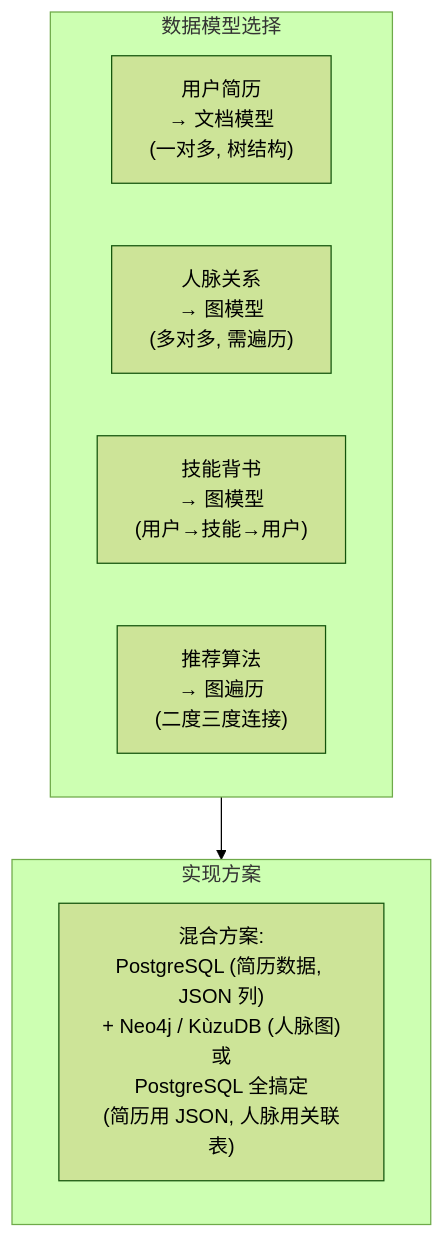
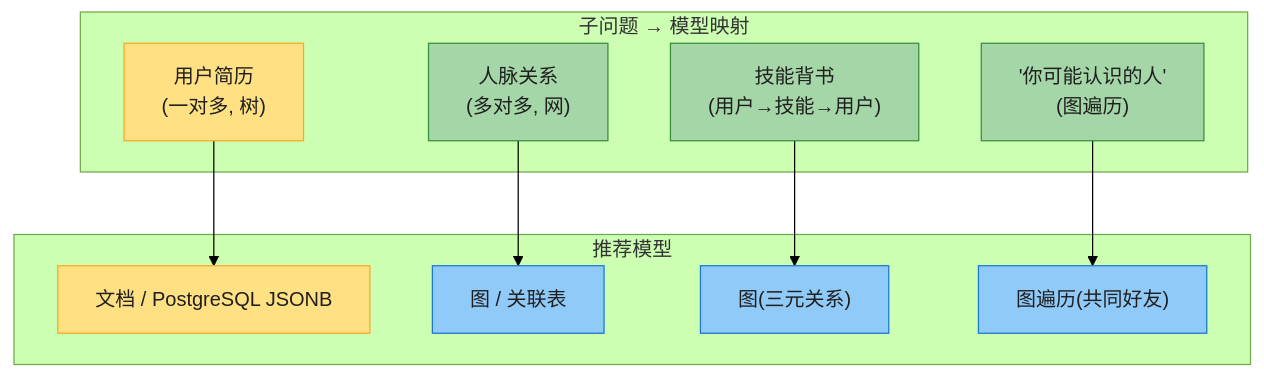
Diagram 14 of 16 in ch03-数据模型与查询语言.md (socoo123/ddia_2nd), drawn with Mermaid (forest theme) before and after one commit. The commit also changed other lines of this file and 8 other files, not shown here.

First line of the commit message:
重写 ch01-ch09 读书笔记：风格统一 + 内容扩充 + 大量图表

````diff
--- a/ch03-数据模型与查询语言.md
+++ b/ch03-数据模型与查询语言.md
@@ -646,15 +856,30 @@
 ```mermaid
-graph TB
-    subgraph Models["数据模型选择"]
-        PROFILE["用户简历<br/>→ 文档模型<br/>(一对多, 树结构)"]
-        CONN["人脉关系<br/>→ 图模型<br/>(多对多, 需遍历)"]
-        ENDORSE["技能背书<br/>→ 图模型<br/>(用户→技能→用户)"]
-        RECO["推荐算法<br/>→ 图遍历<br/>(二度三度连接)"]
+flowchart TB
+    subgraph MAP["子问题 → 模型映射"]
+        PROFILE["用户简历<br/>(一对多, 树)"]
+        CONN["人脉关系<br/>(多对多, 网)"]
+        ENDORSE["技能背书<br/>(用户→技能→用户)"]
+        RECO["'你可能认识的人'<br/>(图遍历)"]
     end
 
-    subgraph Implementation["实现方案"]
-        IMP["混合方案:<br/>PostgreSQL (简历数据, JSON 列)<br/>+ Neo4j / KùzuDB (人脉图)<br/>或<br/>PostgreSQL 全搞定<br/>(简历用 JSON, 人脉用关联表)"]
+    subgraph MODEL["推荐模型"]
+        M1["文档 / PostgreSQL JSONB"]
+        M2["图 / 关联表"]
+        M3["图(三元关系)"]
+        M4["图遍历(共同好友)"]
     end
 
-    Models --> Implementation
+    PROFILE --> M1
+    CONN --> M2
+    ENDORSE --> M3
+    RECO --> M4
+
+    style PROFILE fill:#FFE082,stroke:#F9A825,color:#1f1f1f
+    style CONN fill:#A5D6A7,stroke:#388E3C,color:#1f1f1f
+    style ENDORSE fill:#A5D6A7,stroke:#388E3C,color:#1f1f1f
+    style RECO fill:#A5D6A7,stroke:#388E3C,color:#1f1f1f
+    style M1 fill:#FFE082,stroke:#F9A825,color:#1f1f1f
+    style M2 fill:#90CAF9,stroke:#1976D2,color:#1f1f1f
+    style M3 fill:#90CAF9,stroke:#1976D2,color:#1f1f1f
+    style M4 fill:#90CAF9,stroke:#1976D2,color:#1f1f1f
 ```
````
